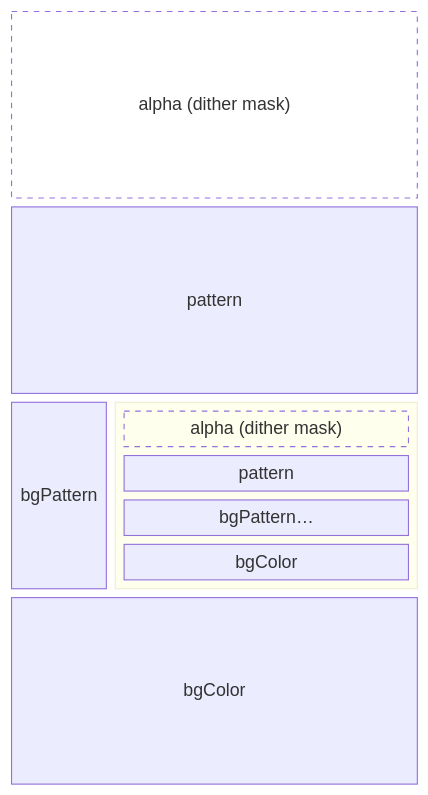
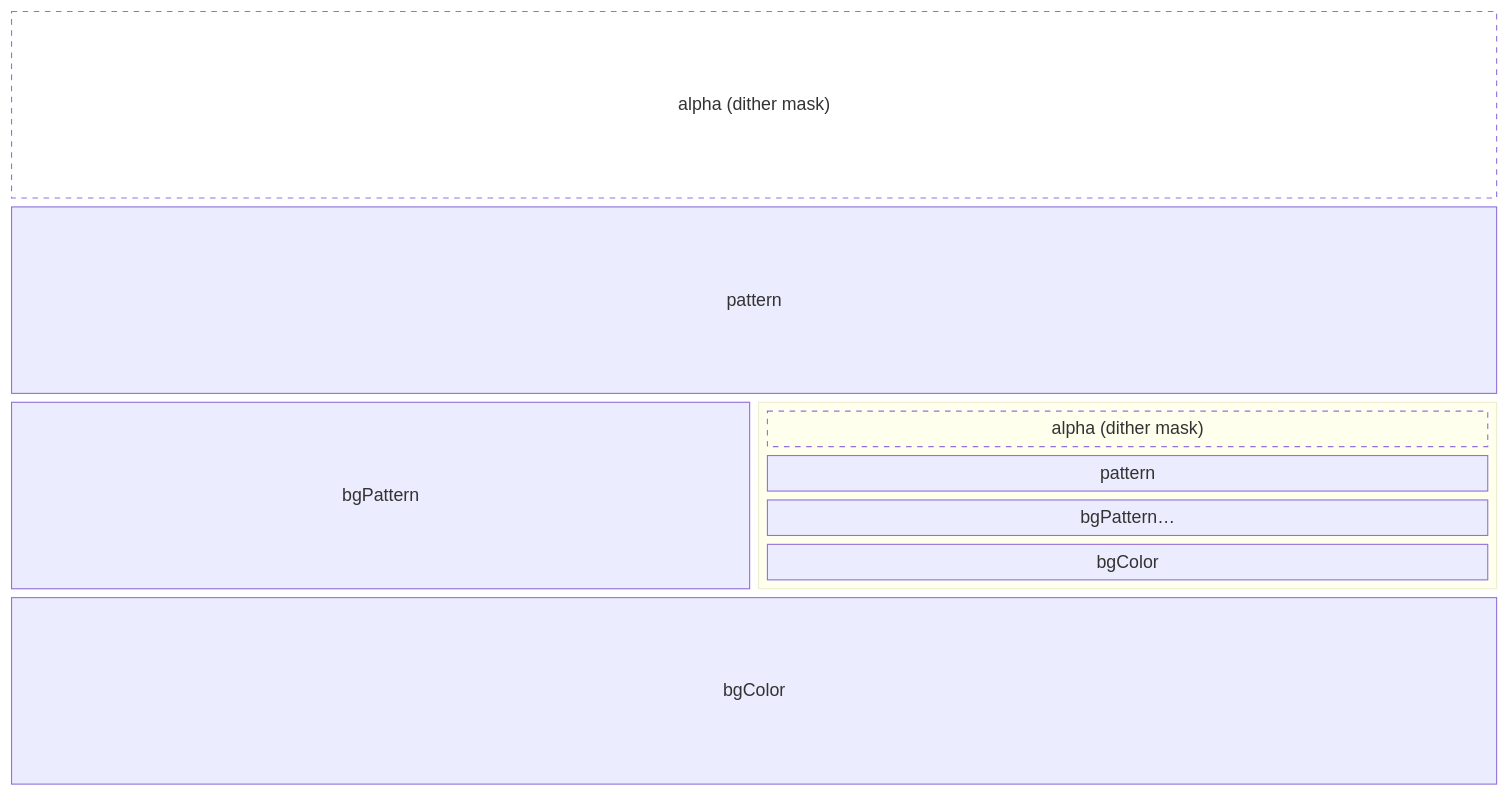
Before and after one commit to ebeneliason/easy-pattern: the diagram in README.md, drawn with Mermaid.

Commit message:
Update README.md
Fix layer diagram rendering

````diff
--- a/README.md
+++ b/README.md
@@ -160,18 +160,18 @@
 ```mermaid
 block-beta
-columns 8
-  M["alpha (dither mask)"]:8
-  A["pattern"]:8
-  B["bgPattern"]:2
-  block:bgPattern:6
+columns 128
+  M["alpha (dither mask)"]:128
+  A["pattern"]:128
+  B["bgPattern"]:64
+  block:bgPattern:64
     columns 1
     W["alpha (dither mask)"]
     X["pattern"]
     Y["bgPattern…"]
     Z["bgColor"]
   end
-  C["bgColor"]:8
+  C["bgColor"]:128
 classDef mask fill:#FFFFFF05, stroke-dasharray: 5 5
 class M mask
 class W mask
 ```
````
